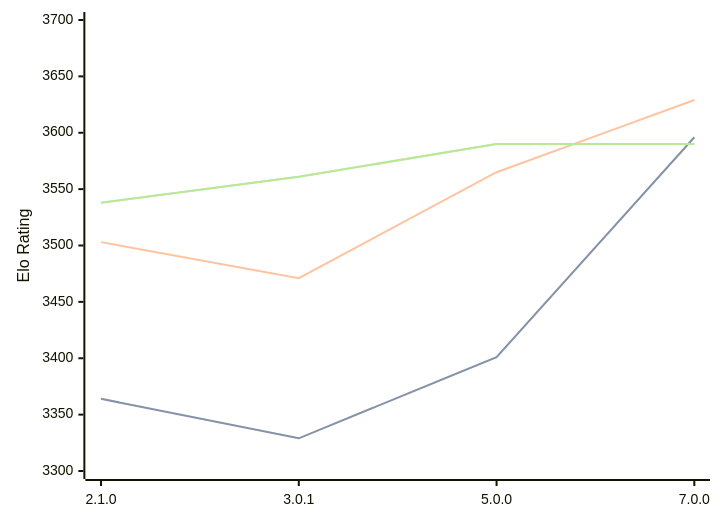
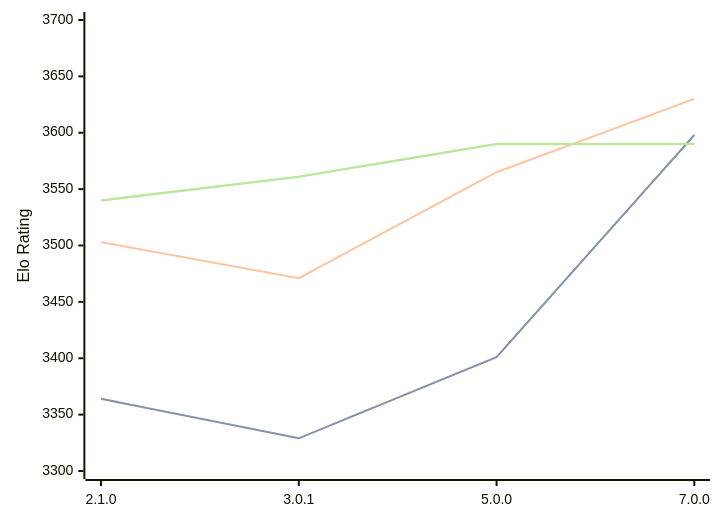
One commit to computer-chess-index/cci changed the diagram in engines/PlentyChess.md. Above: the diagram before and after it, drawn with Mermaid. The commit also changed other lines of this file, not shown here.

Commit message:
Update CCI Ratings (ELO VLTC) - 2026-03-13

````diff
--- a/engines/PlentyChess.md
+++ b/engines/PlentyChess.md
@@ -43,11 +43,11 @@
 ```mermaid
 %%{init: {"theme":"base","themeVariables":{"seriesColors:['#a3a3a3','#222221','#faa371']}}}%%
 xychart-beta
   x-axis ["2.1.0", "3.0.1", "5.0.0", "7.0.0"]
   y-axis "Elo Rating" 3300 --> 3700
-  line "STC (8.0+0.08s)" [3364, 3329, 3401, 3596]
-  line "STC (8.0+0.08s)" [3364, 3329, 3401, 3596]
-  line "LTC (60.0+0.60s)" [3503, 3471, 3565, 3629]
-  line "VLTC (2m24s+1.12s)" [3538, 3561, 3590, 3590]
-  line "VLTC (2m24s+1.12s)" [3538, 3561, 3590, 3590]
+  line "STC (8.0+0.08s)" [3364, 3329, 3401, 3598]
+  line "STC (8.0+0.08s)" [3364, 3329, 3401, 3598]
+  line "LTC (60.0+0.60s)" [3503, 3471, 3565, 3630]
+  line "VLTC (2m24s+1.12s)" [3540, 3561, 3590, 3590]
+  line "VLTC (2m24s+1.12s)" [3540, 3561, 3590, 3590]
 ```
````
